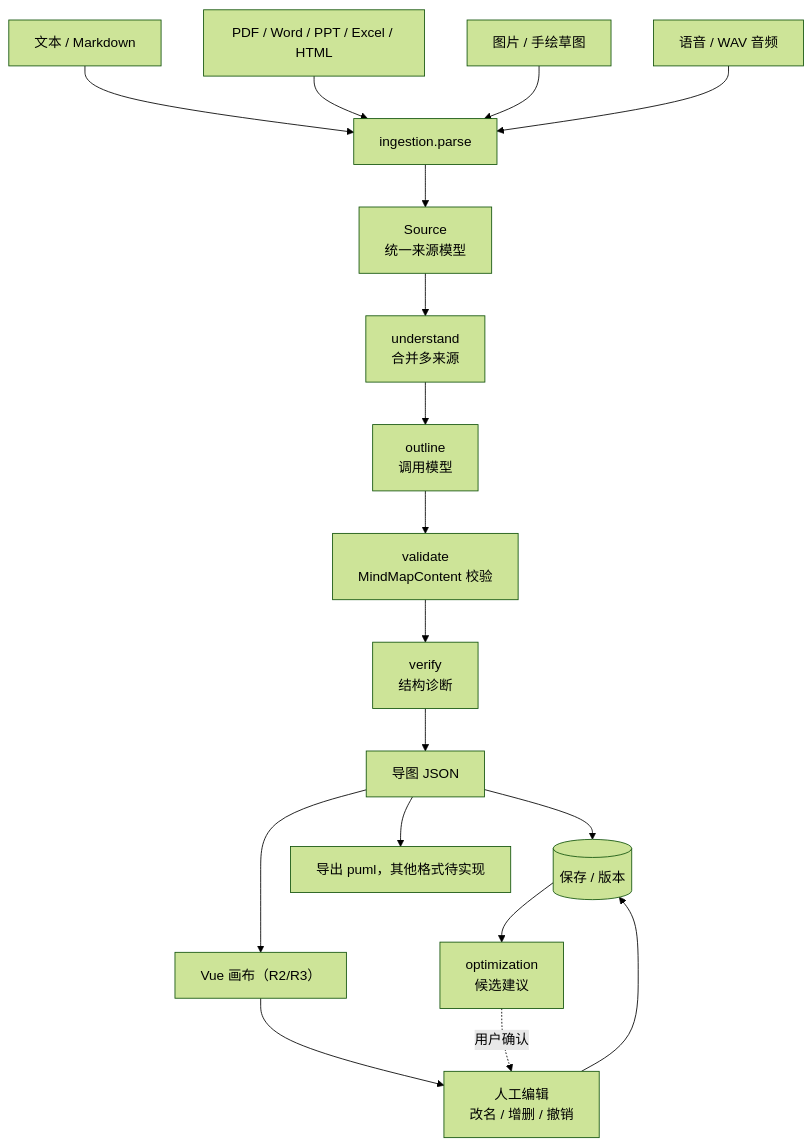
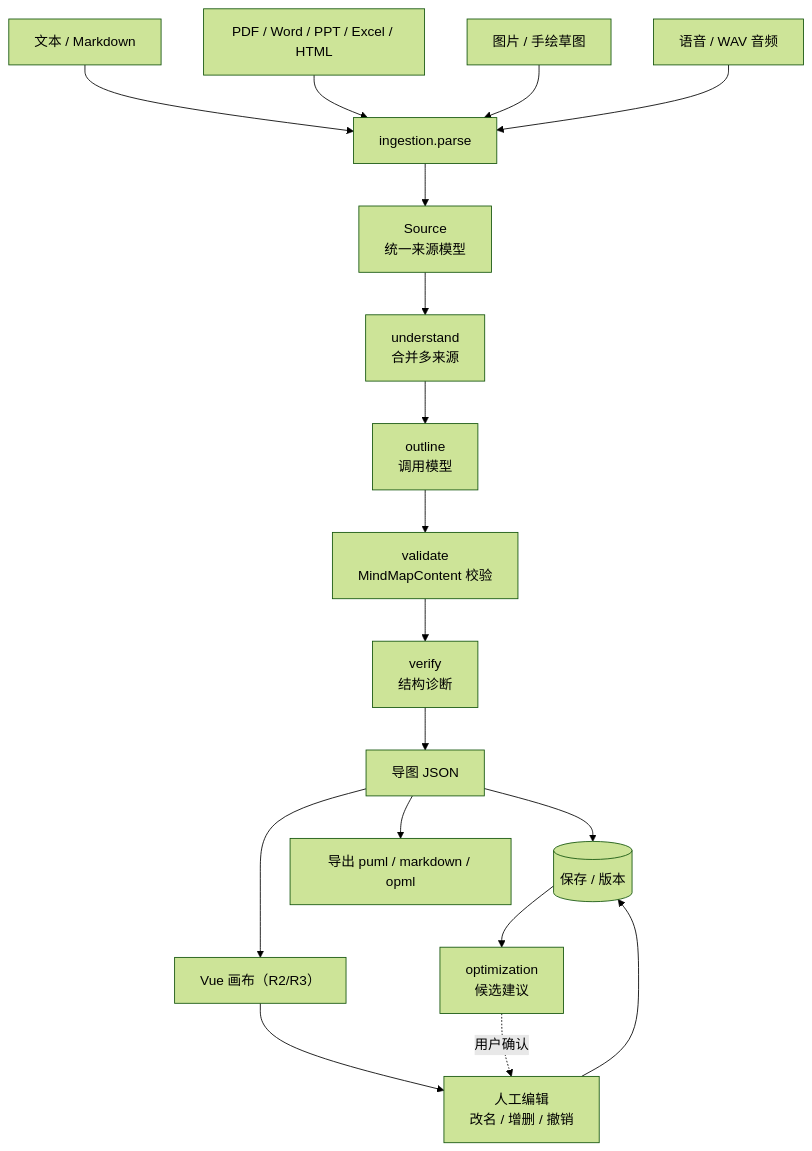
Before and after one commit to RPeGio/genai-mindmap: the diagram in docs/FLOW.md, drawn with Mermaid (forest theme). The commit also changed other lines of this file and 10 other files, not shown here.

````diff
--- a/docs/FLOW.md
+++ b/docs/FLOW.md
@@ -7,22 +7,22 @@
 ```mermaid
 flowchart TD
   A1[文本 / Markdown] --> S[ingestion.parse]
   A2[PDF / Word / PPT / Excel / HTML] --> S
   A3[图片 / 手绘草图] --> S
   A4[语音 / WAV 音频] --> S
 
   S --> SRC[Source<br/>统一来源模型]
   SRC --> U[understand<br/>合并多来源]
   U --> O[outline<br/>调用模型]
   O --> V[validate<br/>MindMapContent 校验]
   V --> R[verify<br/>结构诊断]
   R --> MAP[导图 JSON]
 
   MAP --> SAVE[(保存 / 版本)]
   MAP --> CANVAS[Vue 画布（R2/R3）]
   CANVAS --> EDIT[人工编辑<br/>改名 / 增删 / 撤销]
   EDIT --> SAVE
-  MAP --> EXP[导出 puml，其他格式待实现]
+  MAP --> EXP[导出 puml / markdown / opml]
   SAVE --> SUG[optimization<br/>候选建议]
   SUG -.用户确认.-> EDIT
 ```
````
